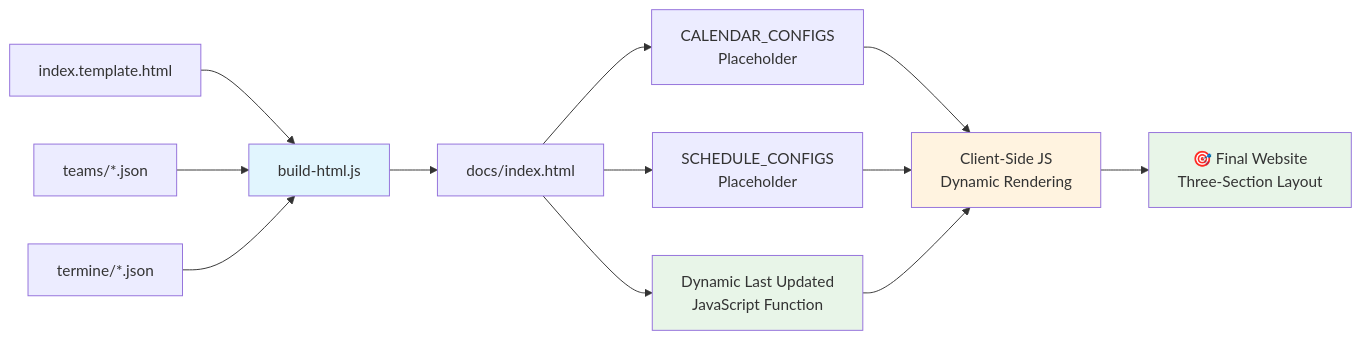
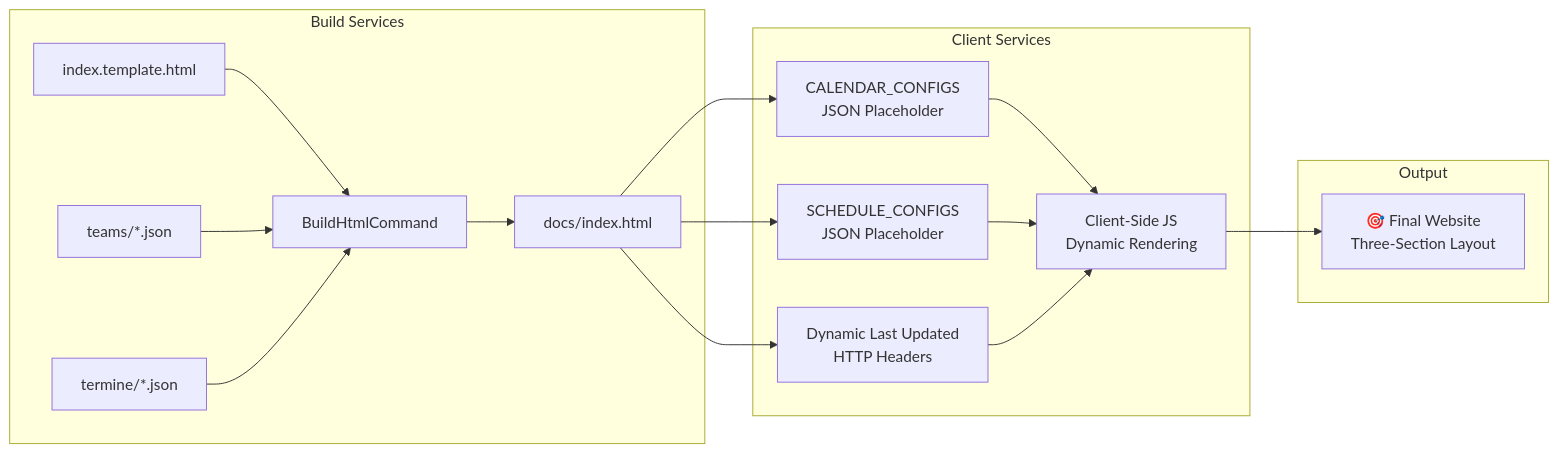
One commit to pkcpkc/bc-lions-moabit changed the fifth of 5 diagrams in README.md. Above: the diagram before and after it, drawn with Mermaid. The commit also changed other lines of this file and 75 other files, not shown here.

Commit message:
Crazy refactoring for better architecture and testability.

````diff
--- a/README.md
+++ b/README.md
@@ -357,22 +437,23 @@
 ```mermaid
 graph LR
-    A[index.template.html] --> B[build-html.js]
-    C[teams/*.json] --> B
-    D[termine/*.json] --> B
-    B --> E[docs/index.html]
+    subgraph "Build Services"
+        A[index.template.html] --> B[BuildHtmlCommand]
+        C[teams/*.json] --> B
+        D[termine/*.json] --> B
+        B --> E[docs/index.html]
+    end
     
-    E --> F["CALENDAR_CONFIGS<br/>Placeholder"]
-    E --> G["SCHEDULE_CONFIGS<br/>Placeholder"] 
+    subgraph "Client Services"
+        E --> F["CALENDAR_CONFIGS<br/>JSON Placeholder"]
+        E --> G["SCHEDULE_CONFIGS<br/>JSON Placeholder"] 
+        
+        F --> I[Client-Side JS<br/>Dynamic Rendering]
+        G --> I
+        E --> H[Dynamic Last Updated<br/>HTTP Headers]
+        H --> I
+    end
     
-    F --> I[Client-Side JS<br/>Dynamic Rendering]
-    G --> I
-    E --> H[Dynamic Last Updated<br/>JavaScript Function]
-    H --> I
-    
-    I --> J[🎯 Final Website<br/>Three-Section Layout]
-    
-    style B fill:#e1f5fe
-    style I fill:#fff3e0
-    style J fill:#e8f5e8
-    style H fill:#e8f5e8
+    subgraph "Output"
+        I --> J[🎯 Final Website<br/>Three-Section Layout]
+    end
 ```
````
